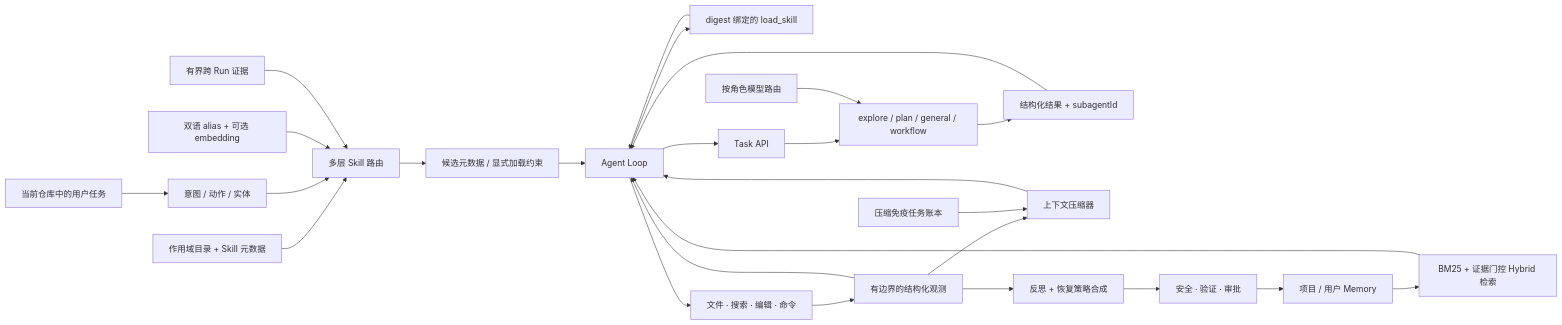
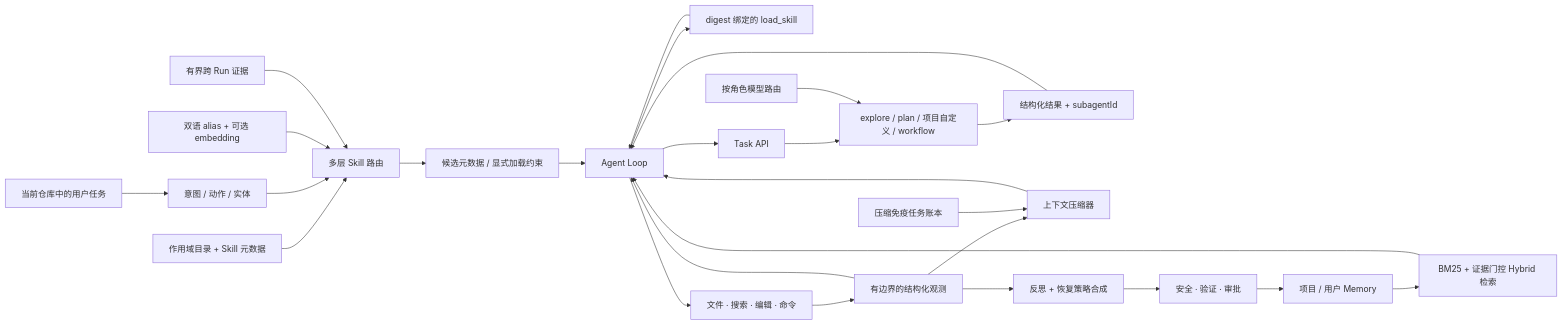
The diagram in README.zh-CN.md (zrb3052796119/CodeLoop), drawn with Mermaid before and after one commit. The commit also changed other lines of this file and 1 other file, not shown here.

Commit message:
docs(readme): rewrite multi-agent section for the current architecture

````diff
--- a/README.zh-CN.md
+++ b/README.zh-CN.md
@@ -109,32 +109,32 @@
 ```mermaid
 flowchart LR
     User["当前仓库中的用户任务"] --> Intent["意图 / 动作 / 实体"]
     SkillCatalog["作用域目录 + Skill 元数据"] --> SkillRoute["多层 Skill 路由"]
     Intent --> SkillRoute
     Semantics["双语 alias + 可选 embedding"] --> SkillRoute
     SkillEvidence["有界跨 Run 证据"] --> SkillRoute
     SkillRoute --> Prompt["候选元数据 / 显式加载约束"]
     Prompt --> Loop["Agent Loop"]
     Loop --> SkillLoad["digest 绑定的 load_skill"]
     SkillLoad --> Loop
 
     Loop --> Tools["文件 · 搜索 · 编辑 · 命令"]
     Tools --> Obs["有边界的结构化观测"]
     Obs --> Loop
 
     Loop --> TaskAPI["Task API"]
-    TaskAPI --> Children["explore / plan / general / workflow"]
+    TaskAPI --> Children["explore / plan / 项目自定义 / workflow"]
     RoleRoute["按角色模型路由"] --> Children
     Children --> Result["结构化结果 + subagentId"]
     Result --> Loop
 
     Obs --> Compact["上下文压缩器"]
     Ledger["压缩免疫任务账本"] --> Compact
     Compact --> Loop
 
     Obs --> Reflect["反思 + 恢复策略合成"]
     Reflect --> Evidence["安全 · 验证 · 审批"]
     Evidence --> Store["项目 / 用户 Memory"]
     Store --> Retrieve["BM25 + 证据门控 Hybrid 检索"]
     Retrieve --> Loop
 ```
````
